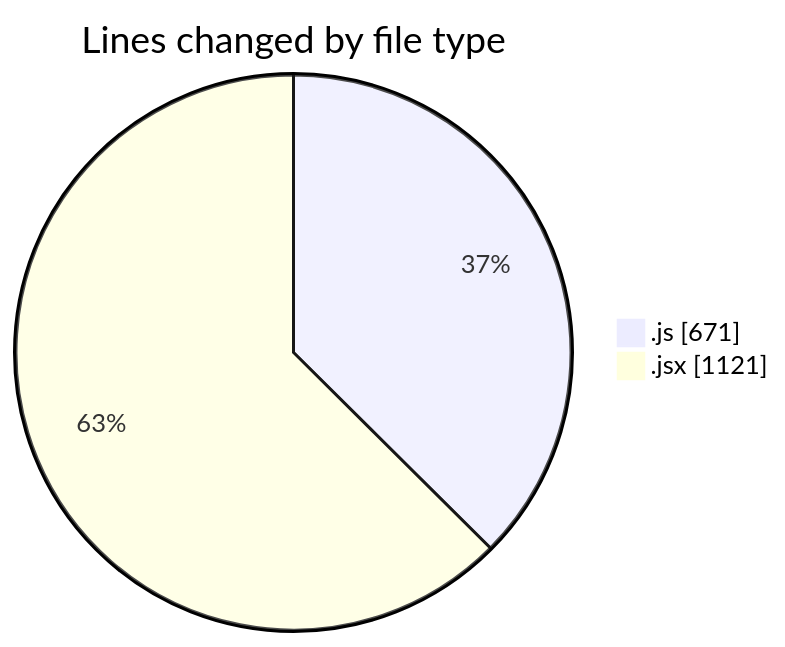
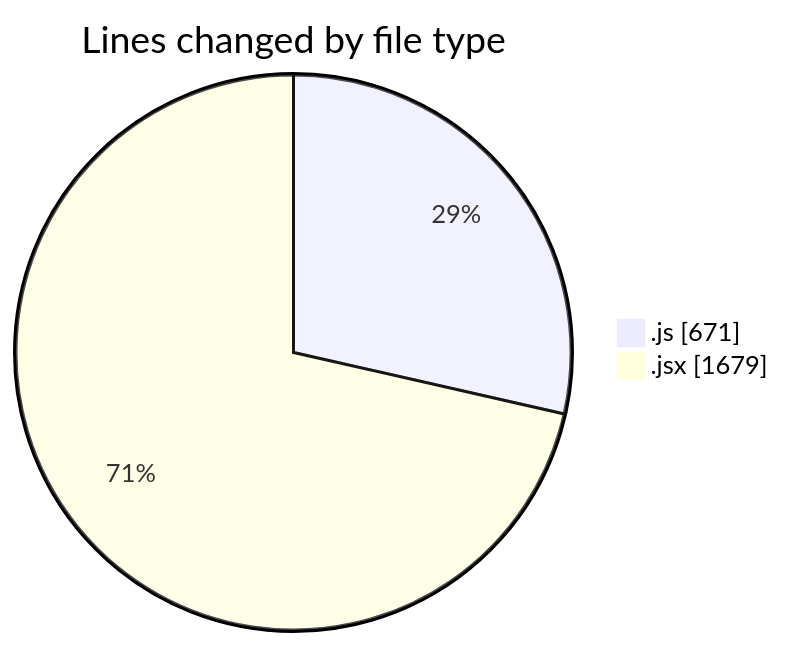
The first of 2 diagrams in 2025-07-02/argos/README.md (nxtqubesakshisongat/code-tracking), drawn with Mermaid before and after one commit. The commit also changed other lines of this file and 1 other file, not shown here.

````diff
--- a/2025-07-02/argos/README.md
+++ b/2025-07-02/argos/README.md
@@ -24,6 +25,6 @@
 ```mermaid
 pie showData
 title Lines changed by file type
 ".js" : 671
-".jsx" : 1121
+".jsx" : 1679
 ```
````
